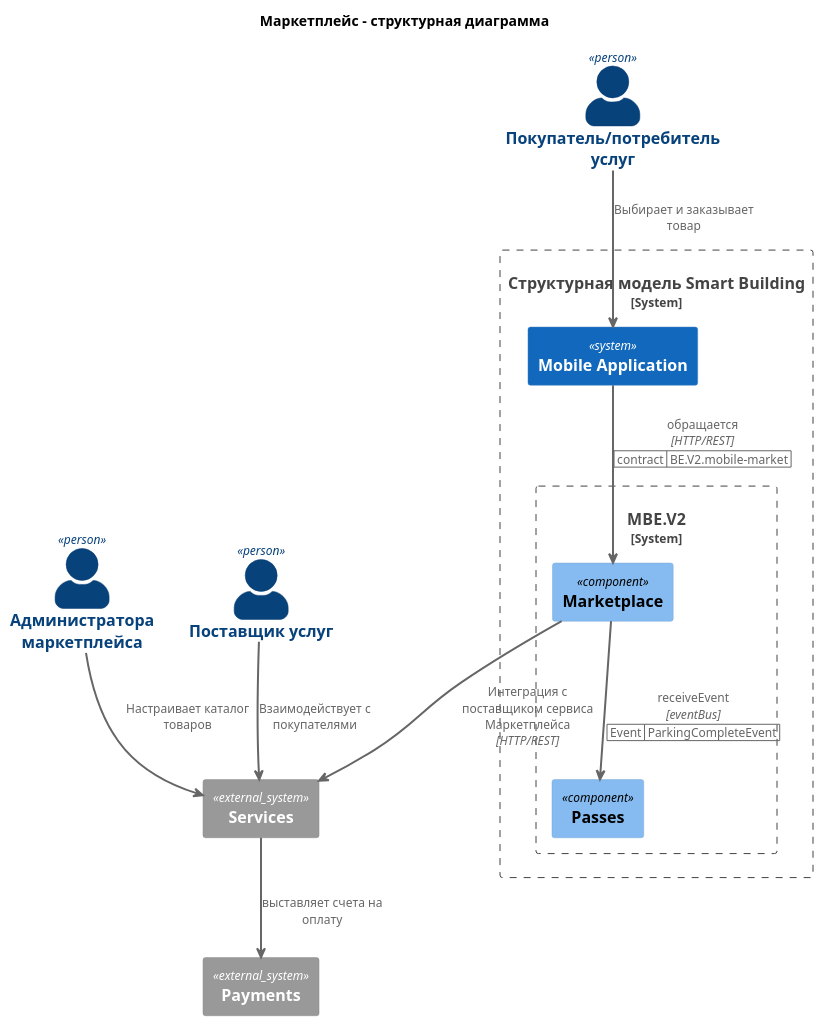
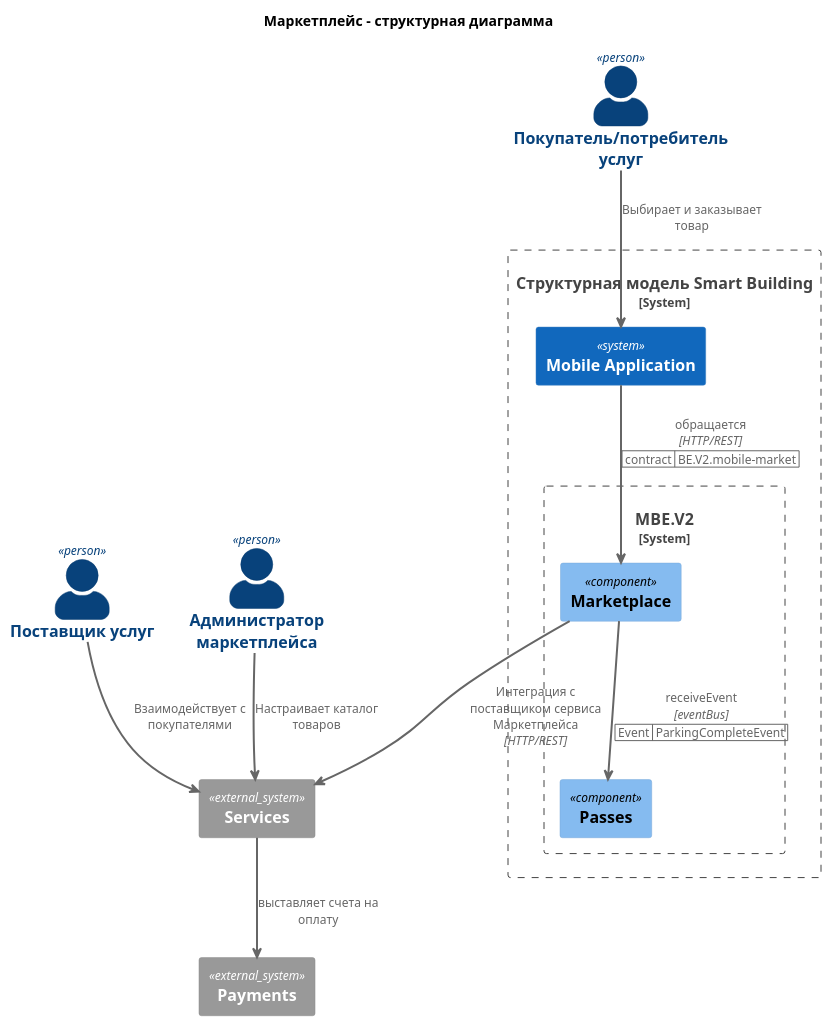
One commit to ganouver/txtmodeldsl changed the diagram in out/market_structure.puml. Above: the diagram before and after it, drawn with PlantUML. The commit also changed 4 other files, not shown here.

```diff
--- a/out/market_structure.puml
+++ b/out/market_structure.puml
@@ -1,28 +1,28 @@
 @startuml
 title Маркетплейс - структурная диаграмма 
 !include https://raw.githubusercontent.com/plantuml-stdlib/C4-PlantUML/master/C4_Component.puml
 SHOW_PERSON_PORTRAIT()
 
 System_Ext( node1,"Services" )
 System_Ext( node2,"Payments" )
 System_Boundary(node3, "Структурная модель Smart Building"){
 System( node4,"Mobile Application" )
 System_Boundary(node5, "MBE.V2"){
 Component( node6,"Marketplace" )
 Component( node7,"Passes" )
 }
 }
 Person( node8,"Покупатель/потребитель услуг" )
-Person( node9,"Администратора маркетплейса" )
-Person( node10,"Поставщик услуг" )
+Person( node9,"Поставщик услуг" )
+Person( node10,"Администратор маркетплейса" )
 
 node4 ==> node6  : обращается\n//[HTTP/REST]//\n| contract | BE.V2.mobile-market |
 node6 ==> node7  : receiveEvent\n//[eventBus]//\n| Event | ParkingCompleteEvent |
 node6 ==> node1  : Интеграция с поставщиком сервиса Маркетплейса\n//[HTTP/REST]//
 node8 ==> node4  : Выбирает и заказывает товар
-node9 ==> node1  : Настраивает каталог товаров
-node10 ==> node1  : Взаимодействует с покупателями
+node10 ==> node1  : Настраивает каталог товаров
+node9 ==> node1  : Взаимодействует с покупателями
 node1 ==> node2  : выставляет счета на оплату
 
 
 @enduml
```
